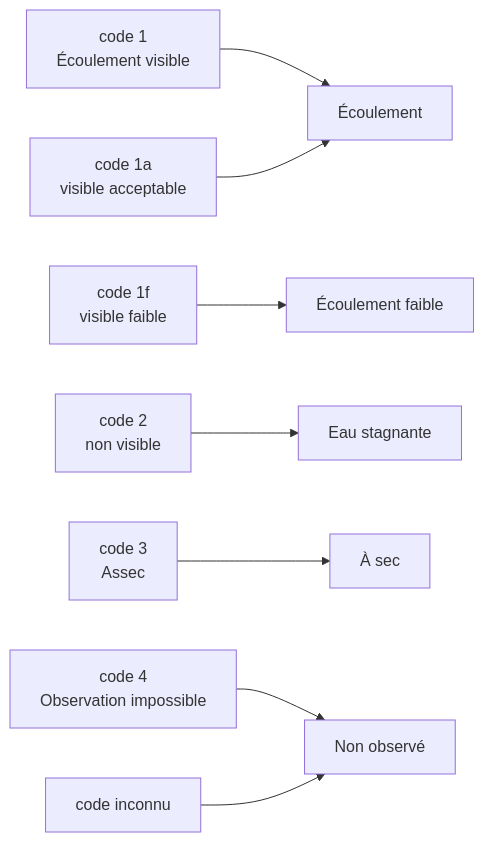
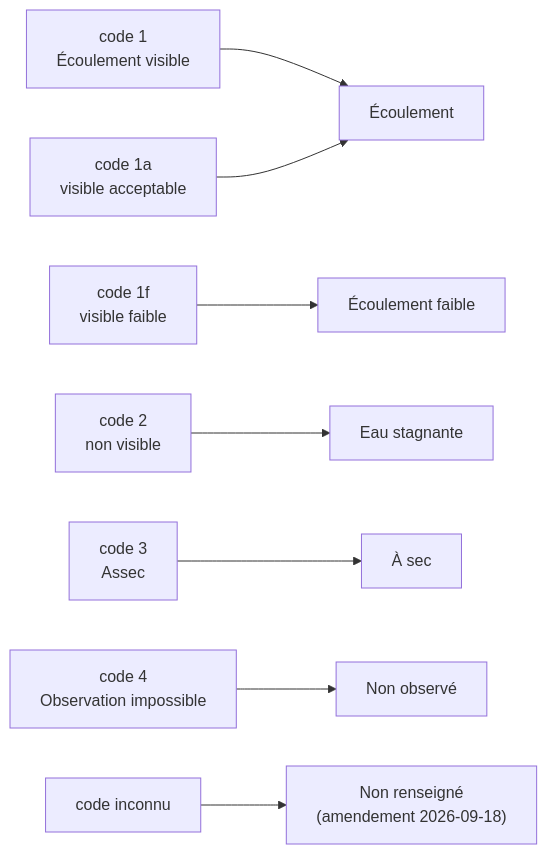
One commit to HubEauContrib/MartinPecheur changed the diagram in docs/adr/ADR-006-onde-quatre-categories.md. Above: the diagram before and after it, drawn with Mermaid. The commit also changed other lines of this file and 194 other files, not shown here.

First line of the commit message:
T1 : architecture MVVM (ADR-014), données, vues et avertissements (lots 1 à 4) (#12)

````diff
--- a/docs/adr/ADR-006-onde-quatre-categories.md
+++ b/docs/adr/ADR-006-onde-quatre-categories.md
@@ -39,10 +43,10 @@
 ```mermaid
 flowchart LR
     C1["code 1<br/>Écoulement visible"] --> N[Écoulement]
     C1a["code 1a<br/>visible acceptable"] --> N
     C1f["code 1f<br/>visible faible"] --> F[Écoulement faible]
     C2["code 2<br/>non visible"] --> NV[Eau stagnante]
     C3["code 3<br/>Assec"] --> A[À sec]
     C4["code 4<br/>Observation impossible"] --> NO[Non observé]
-    CX["code inconnu"] --> NO
+    CX["code inconnu"] --> NR["Non renseigné<br/>(amendement 2026-09-18)"]
 ```
````
